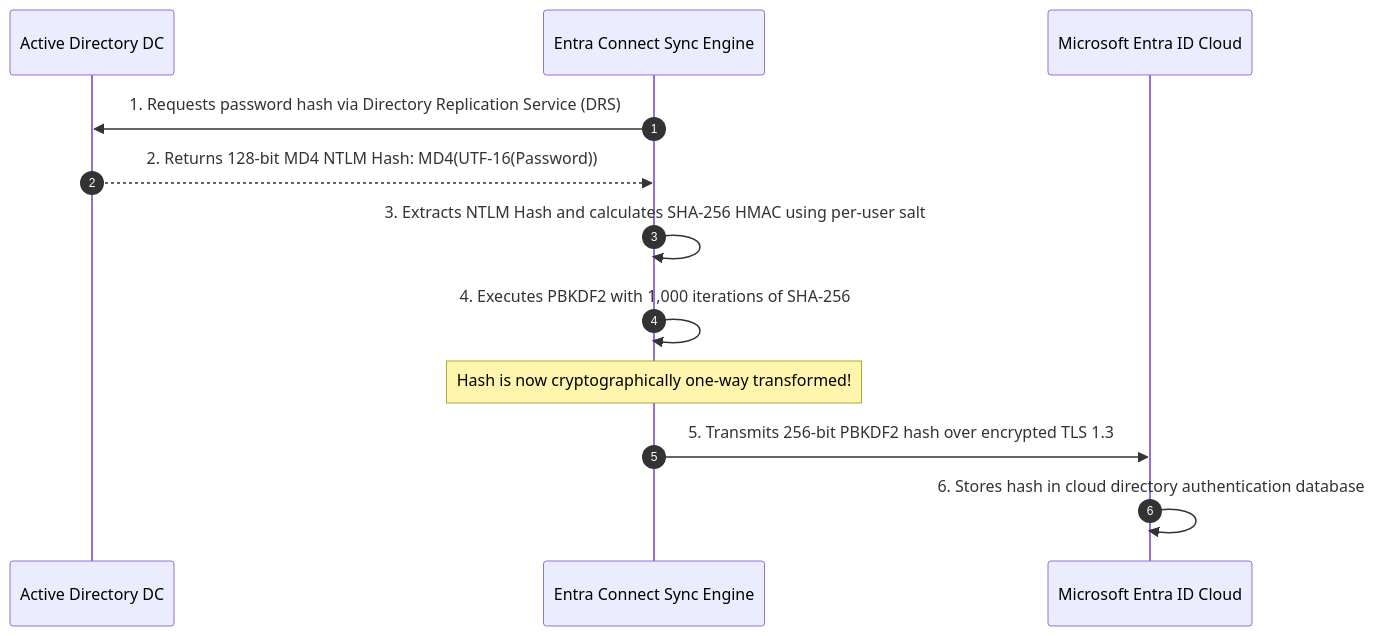
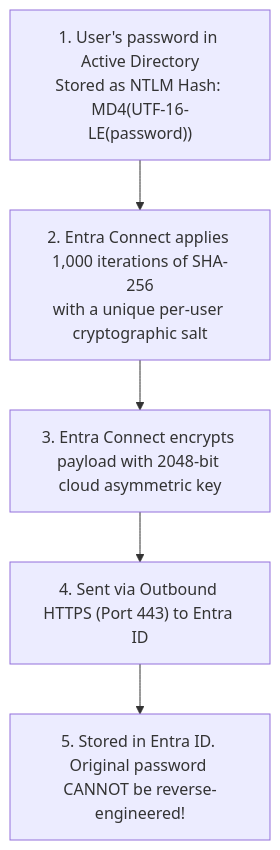
The second of 2 diagrams in IAM/03_Technologies_and_Protocols/07_Hybrid_Identity_Entra_Connect_Sync.md (varunks04/CBS-Roleplay), drawn with Mermaid before and after one commit. The commit also changed other lines of this file and 37 other files, not shown here.

````diff
--- a/IAM/03_Technologies_and_Protocols/07_Hybrid_Identity_Entra_Connect_Sync.md
+++ b/IAM/03_Technologies_and_Protocols/07_Hybrid_Identity_Entra_Connect_Sync.md
@@ -47,15 +62,7 @@
 ```mermaid
-sequenceDiagram
-    autonumber
-    participant DC as Active Directory DC
-    participant Agent as Entra Connect Sync Engine
-    participant Cloud as Microsoft Entra ID Cloud
-
-    Agent->>DC: 1. Requests password hash via Directory Replication Service (DRS)
-    DC-->>Agent: 2. Returns 128-bit MD4 NTLM Hash: MD4(UTF-16(Password))
-    Agent->>Agent: 3. Extracts NTLM Hash and calculates SHA-256 HMAC using per-user salt
-    Agent->>Agent: 4. Executes PBKDF2 with 1,000 iterations of SHA-256
-    Note over Agent: Hash is now cryptographically one-way transformed!
-    Agent->>Cloud: 5. Transmits 256-bit PBKDF2 hash over encrypted TLS 1.3
-    Cloud->>Cloud: 6. Stores hash in cloud directory authentication database
+flowchart TD
+    P1["1. User's password in Active Directory<br/>Stored as NTLM Hash: MD4(UTF-16-LE(password))"] --> P2["2. Entra Connect applies 1,000 iterations of SHA-256<br/>with a unique per-user cryptographic salt"]
+    P2 --> P3["3. Entra Connect encrypts payload with 2048-bit cloud asymmetric key"]
+    P3 --> P4["4. Sent via Outbound HTTPS (Port 443) to Entra ID"]
+    P4 --> P5["5. Stored in Entra ID. Original password CANNOT be reverse-engineered!"]
 ```
````
